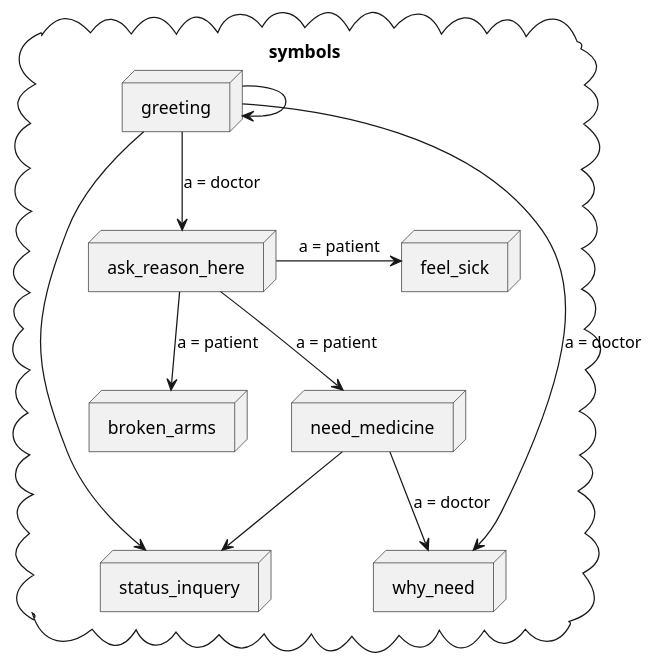
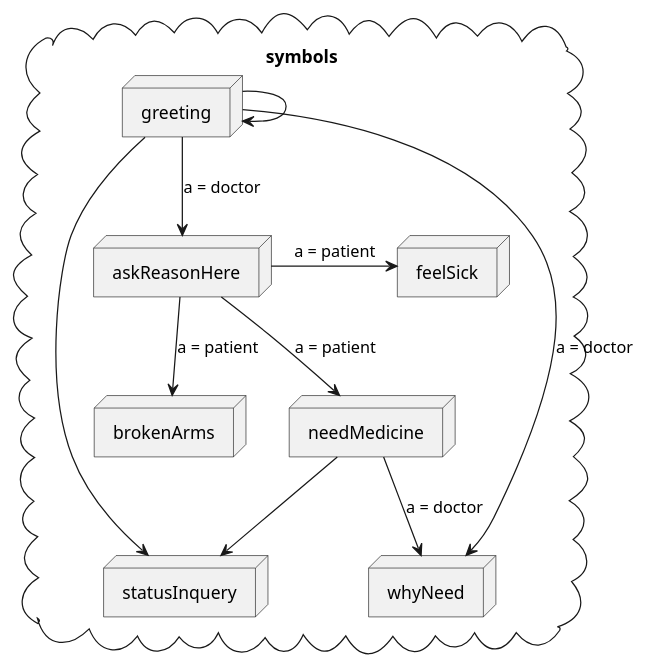
One commit to jappeace/methods-homework changed diagram 26 of 26 in thesis/thesis.org. Above: the diagram before and after it, drawn with PlantUML. The commit also changed other lines of this file and 1 other file, not shown here.

Commit message:
Trying to use svg for images

```diff
--- a/thesis/thesis.org
+++ b/thesis/thesis.org
@@ -4670,23 +4679,23 @@
-#+BEGIN_SRC plantuml :cache yes :file img/uml/dep:filedconns.png :exports results
+#+BEGIN_SRC plantuml :cache yes :file img/uml/dep:filedconns.svg :exports results
 cloud "symbols"{
-  node ask_reason_here
-  node broken_arms
-  node feel_sick
+  node askReasonHere
+  node brokenArms
+  node feelSick
 
   node greeting
-  node status_inquery
-  node why_need
-  node need_medicine
+  node statusInquery
+  node whyNeed
+  node needMedicine
 
-  ask_reason_here --> need_medicine : a = patient
-  ask_reason_here --> broken_arms : a = patient
-  ask_reason_here -> feel_sick : a = patient
+  askReasonHere --> needMedicine : a = patient
+  askReasonHere --> brokenArms : a = patient
+  askReasonHere -> feelSick : a = patient
 
-  need_medicine --> status_inquery
-  need_medicine --> why_need : a = doctor
-  greeting --> status_inquery
+  needMedicine --> statusInquery
+  needMedicine --> whyNeed : a = doctor
+  greeting --> statusInquery
   greeting --> greeting
-  greeting --> why_need : a = doctor
-  greeting --> ask_reason_here : a = doctor
+  greeting --> whyNeed : a = doctor
+  greeting --> askReasonHere : a = doctor
 }
 #+END_SRC
```
